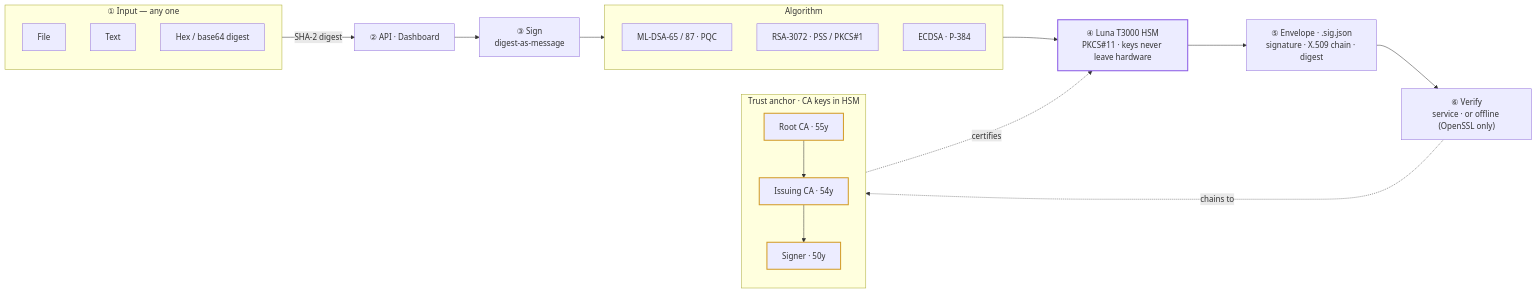
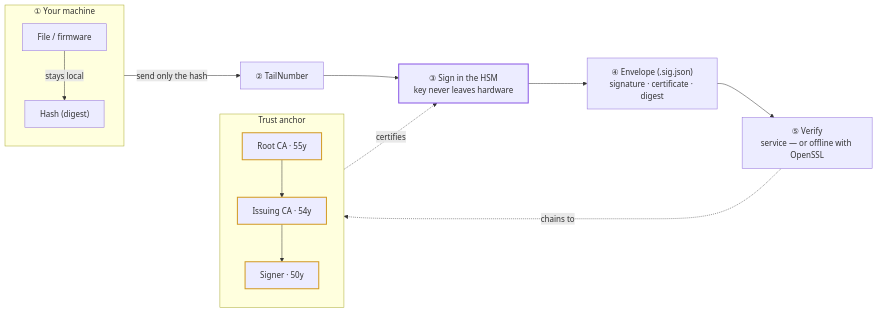
One commit to rayketcham-lab/tailnumber changed the diagram in README.md. Above: the diagram before and after it, drawn with Mermaid. The commit also changed other lines of this file, not shown here.

````diff
--- a/README.md
+++ b/README.md
@@ -28,31 +47,22 @@
 ```mermaid
 flowchart LR
-  subgraph IN["① Input — any one"]
+  subgraph IN["① Your machine"]
     direction TB
-    F["File"]
-    T["Text"]
-    H["Hex / base64 digest"]
+    F["File / firmware"]
+    H["Hash (digest)"]
+    F -->|"stays local"| H
   end
-  IN -->|"SHA-2 digest"| API["② API · Dashboard"]
-  API --> SIGN["③ Sign<br/>digest-as-message"]
-  subgraph ALG["Algorithm"]
-    direction TB
-    ML["ML-DSA-65 / 87 · PQC"]
-    RA["RSA-3072 · PSS / PKCS#1"]
-    EC["ECDSA · P-384"]
-  end
-  SIGN --> ALG
-  ALG --> HSM["④ Luna T3000 HSM<br/>PKCS#11 · keys never leave hardware"]
-  subgraph CA["Trust anchor · CA keys in HSM"]
-    direction TB
+  H -->|"send only the hash"| API["② TailNumber"]
+  API --> HSM["③ Sign in the HSM<br/>key never leaves hardware"]
+  HSM --> ENV["④ Envelope (.sig.json)<br/>signature · certificate · digest"]
+  ENV --> VER["⑤ Verify<br/>service — or offline with OpenSSL"]
+  subgraph CA["Trust anchor"]
     R["Root CA · 55y"] --> IS["Issuing CA · 54y"] --> LC["Signer · 50y"]
   end
   CA -. certifies .-> HSM
-  HSM --> ENV["⑤ Envelope · .sig.json<br/>signature · X.509 chain · digest"]
-  ENV --> VER["⑥ Verify<br/>service · or offline (OpenSSL only)"]
   VER -. chains to .-> CA
   classDef anchor stroke:#d29922,stroke-width:2px;
   classDef hw stroke:#8957e5,stroke-width:2px;
   class R,IS,LC anchor;
   class HSM hw;
 ```
````
